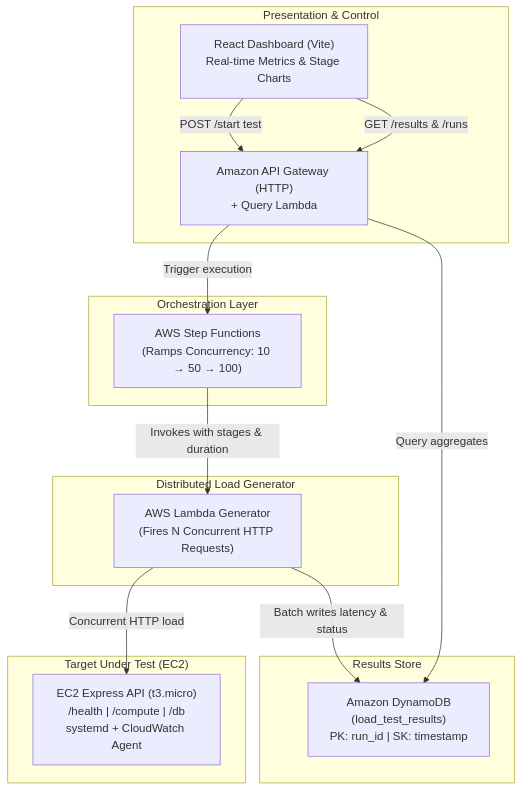
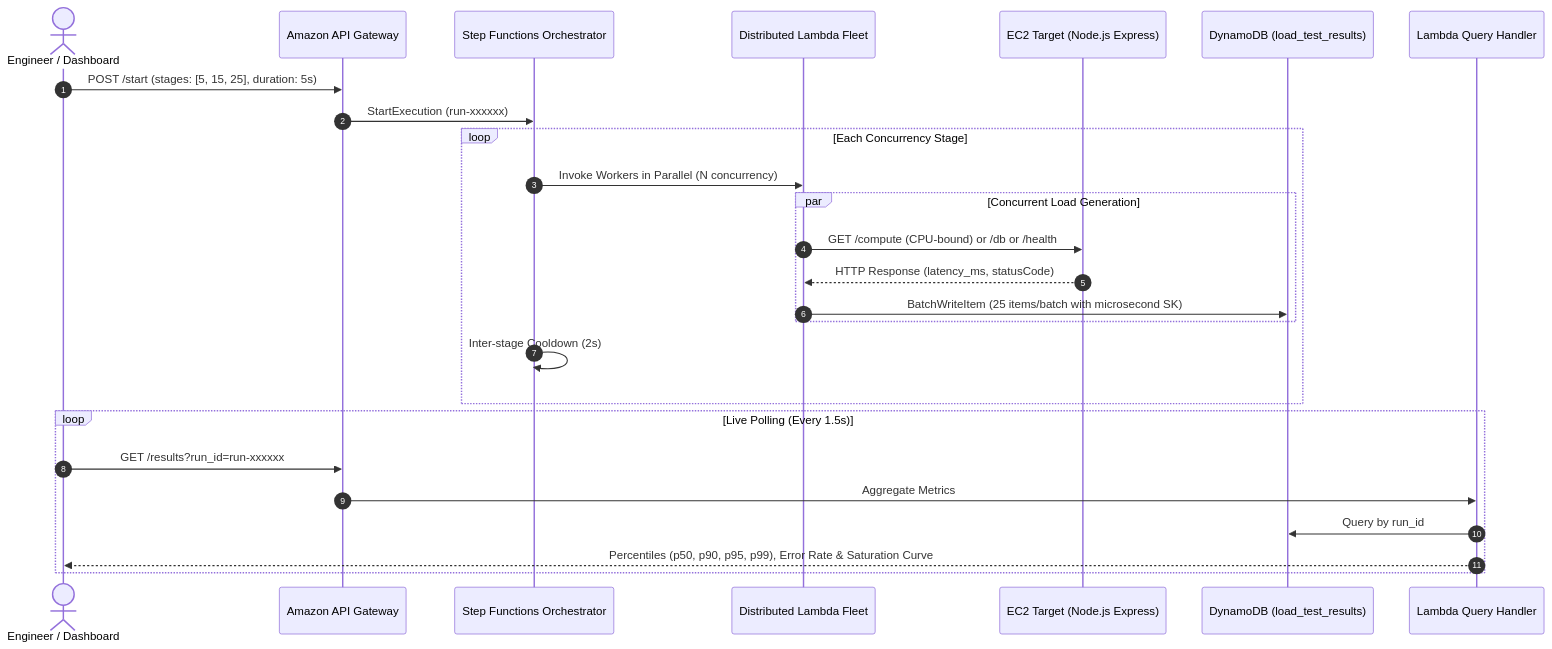
Before and after one commit to atharvabaodhankar/LoadLite: the diagram in README.md, drawn with Mermaid. The commit also changed other lines of this file, not shown here.

Commit message:
docs: enrich README with architecture diagram, sequence diagram, and editorial dashboard features

````diff
--- a/README.md
+++ b/README.md
@@ -13,31 +23,29 @@
 ```mermaid
-flowchart TD
-    subgraph Orchestration ["Orchestration Layer"]
-        SFN["AWS Step Functions\n(Ramps Concurrency: 10 → 50 → 100)"]
+sequenceDiagram
+    autonumber
+    actor Engineer as Engineer / Dashboard
+    participant APIGW as Amazon API Gateway
+    participant SFN as Step Functions Orchestrator
+    participant Lambda as Distributed Lambda Fleet
+    participant Target as EC2 Target (Node.js Express)
+    participant DDB as DynamoDB (load_test_results)
+    participant Query as Lambda Query Handler
+
+    Engineer->>APIGW: POST /start (stages: [5, 15, 25], duration: 5s)
+    APIGW->>SFN: StartExecution (run-xxxxxx)
+    loop Each Concurrency Stage
+        SFN->>Lambda: Invoke Workers in Parallel (N concurrency)
+        par Concurrent Load Generation
+            Lambda->>Target: GET /compute (CPU-bound) or /db or /health
+            Target-->>Lambda: HTTP Response (latency_ms, statusCode)
+            Lambda->>DDB: BatchWriteItem (25 items/batch with microsecond SK)
+        end
+        SFN->>SFN: Inter-stage Cooldown (2s)
     end
-
-    subgraph LoadGen ["Distributed Load Generator"]
-        LAMBDA["AWS Lambda Generator\n(Fires N Concurrent HTTP Requests)"]
+    loop Live Polling (Every 1.5s)
+        Engineer->>APIGW: GET /results?run_id=run-xxxxxx
+        APIGW->>Query: Aggregate Metrics
+        Query->>DDB: Query by run_id
+        Query-->>Engineer: Percentiles (p50, p90, p95, p99), Error Rate & Saturation Curve
     end
-
-    subgraph TargetApp ["Target Under Test (EC2)"]
-        EC2["EC2 Express API (t3.micro)\n/health | /compute | /db\nsystemd + CloudWatch Agent"]
-    end
-
-    subgraph Storage ["Results Store"]
-        DDB["Amazon DynamoDB\n(load_test_results)\nPK: run_id | SK: timestamp"]
-    end
-
-    subgraph Presentation ["Presentation & Control"]
-        APIGW["Amazon API Gateway (HTTP)\n+ Query Lambda"]
-        DASH["React Dashboard (Vite)\nReal-time Metrics & Stage Charts"]
-    end
-
-    SFN -->|Invokes with stages & duration| LAMBDA
-    LAMBDA -->|Concurrent HTTP load| EC2
-    LAMBDA -->|Batch writes latency & status| DDB
-    DASH -->|POST /start test| APIGW
-    APIGW -->|Trigger execution| SFN
-    DASH -->|GET /results & /runs| APIGW
-    APIGW -->|Query aggregates| DDB
 ```
````
